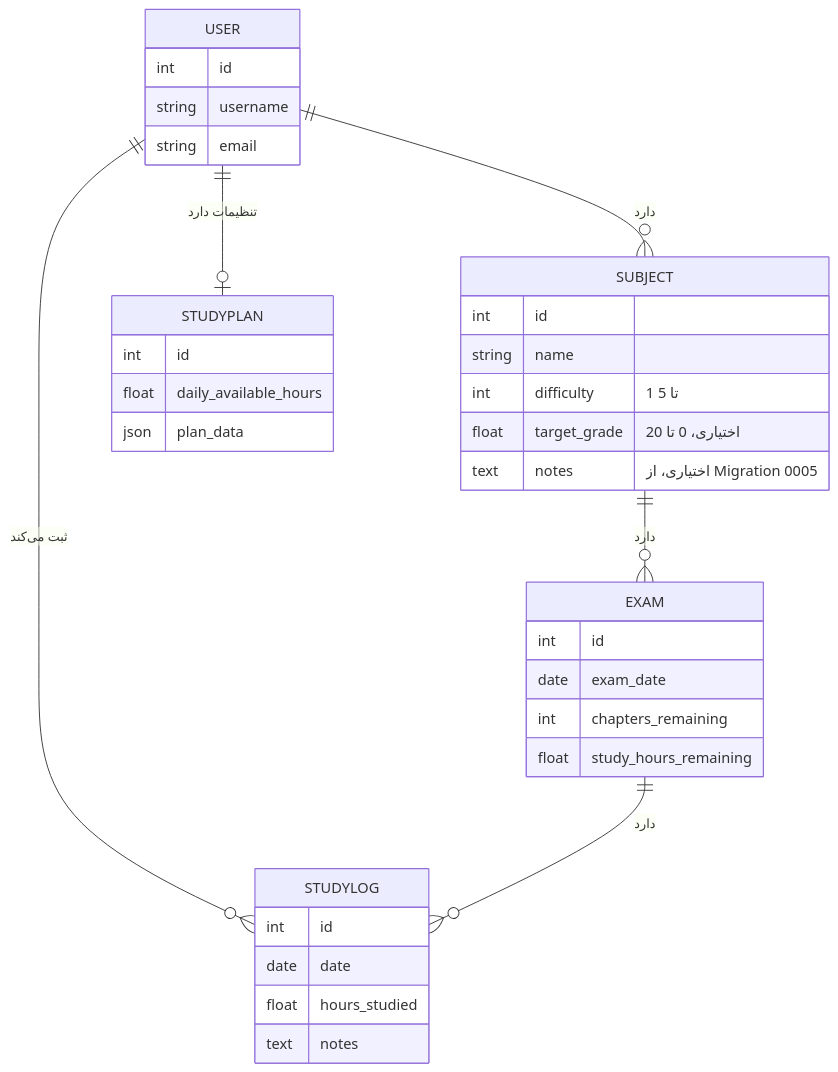
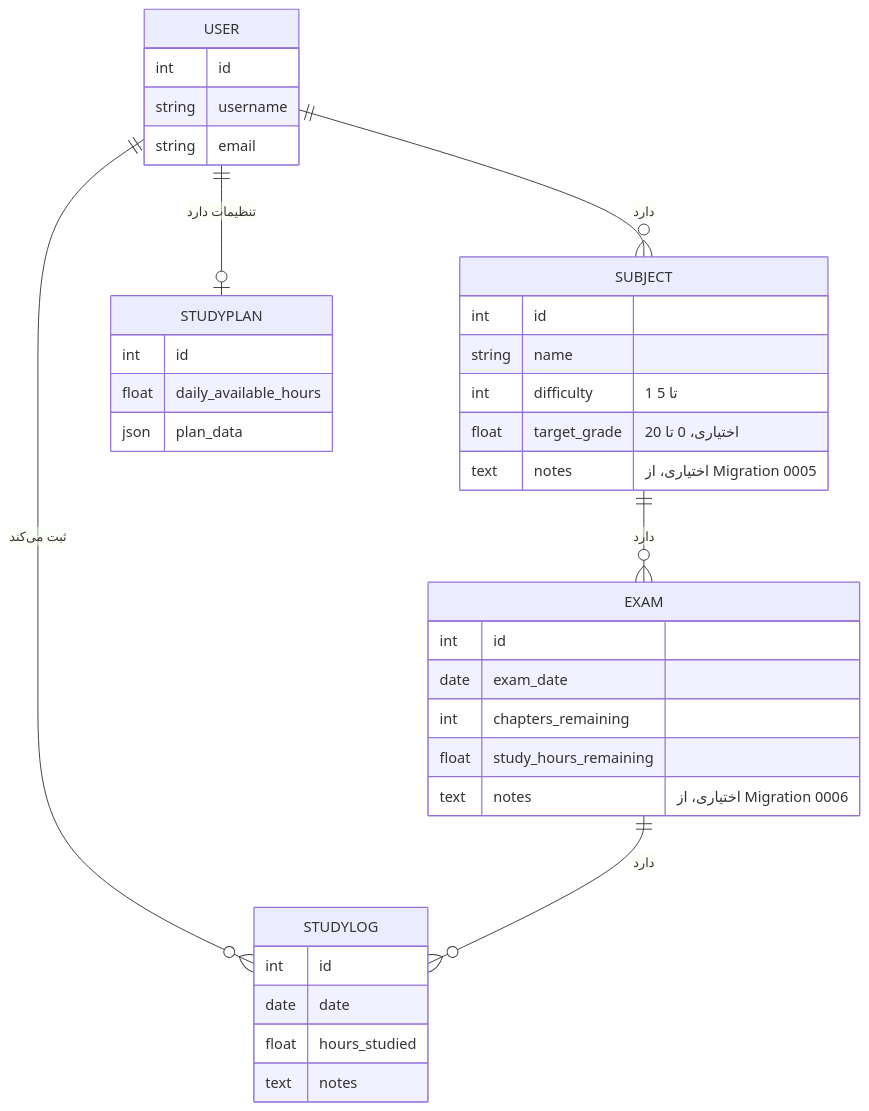
Before and after one commit to MSS1625/StudyPlanner: the second of 2 diagrams in README.md, drawn with Mermaid. The commit also changed 13 other files, not shown here.

````diff
--- a/README.md
+++ b/README.md
@@ -170,38 +170,39 @@
 ```mermaid
 erDiagram
     USER ||--o{ SUBJECT : "دارد"
     USER ||--o{ STUDYLOG : "ثبت می‌کند"
     USER ||--o| STUDYPLAN : "تنظیمات دارد"
     SUBJECT ||--o{ EXAM : "دارد"
     EXAM ||--o{ STUDYLOG : "دارد"
 
     USER {
         int id
         string username
         string email
     }
     SUBJECT {
         int id
         string name
         int difficulty "1 تا 5"
         float target_grade "اختیاری، 0 تا 20"
         text notes "اختیاری، از Migration 0005"
     }
     EXAM {
         int id
         date exam_date
         int chapters_remaining
         float study_hours_remaining
+        text notes "اختیاری، از Migration 0006"
     }
     STUDYLOG {
         int id
         date date
         float hours_studied
         text notes
     }
     STUDYPLAN {
         int id
         float daily_available_hours
         json plan_data
     }
 ```
````
